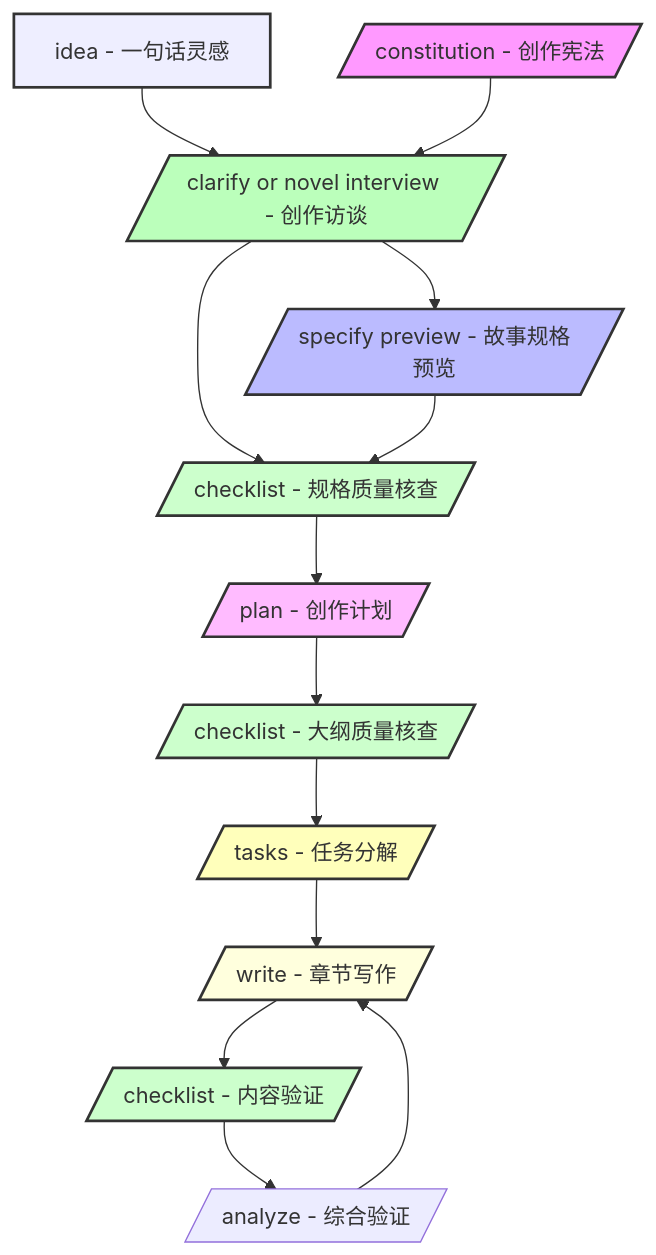
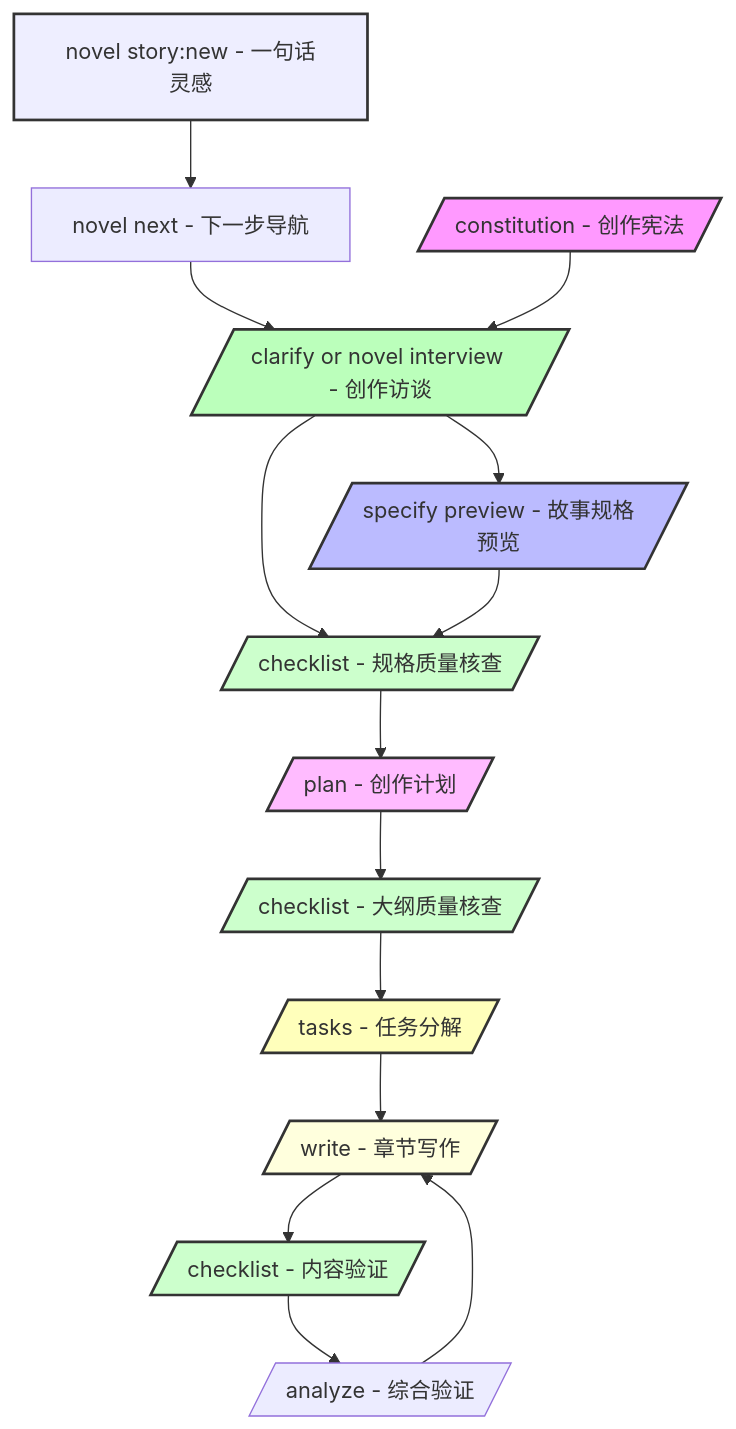
One commit to WENZIZZHENG/story-spec changed the first of 2 diagrams in docs/workflow.md. Above: the diagram before and after it, drawn with Mermaid. The commit also changed other lines of this file and 29 other files, not shown here.

````diff
--- a/docs/workflow.md
+++ b/docs/workflow.md
@@ -18,26 +18,27 @@
 ```mermaid
 graph TD
-    Z[idea - 一句话灵感] --> C[/clarify or novel interview - 创作访谈/]
+    Z[novel story:new - 一句话灵感] --> N[novel next - 下一步导航]
+    N --> C[/clarify or novel interview - 创作访谈/]
     A[/constitution - 创作宪法/] --> C
     C --> B[/specify preview - 故事规格预览/]
     C --> H[/checklist - 规格质量核查/]
     B --> H
     H --> D[/plan - 创作计划/]
     D --> I[/checklist - 大纲质量核查/]
     I --> E[/tasks - 任务分解/]
     E --> F[/write - 章节写作/]
     F --> J[/checklist - 内容验证/]
     J --> G[/analyze - 综合验证/]
     G --> F
 
     style Z fill:#eef,stroke:#333,stroke-width:2px
     style A fill:#f9f,stroke:#333,stroke-width:2px
     style B fill:#bbf,stroke:#333,stroke-width:2px
     style C fill:#bfb,stroke:#333,stroke-width:2px
     style H fill:#cfc,stroke:#333,stroke-width:2px
     style D fill:#fbf,stroke:#333,stroke-width:2px
     style I fill:#cfc,stroke:#333,stroke-width:2px
     style E fill:#ffb,stroke:#333,stroke-width:2px
     style F fill:#ffd,stroke:#333,stroke-width:2px
     style J fill:#cfc,stroke:#333,stroke-width:2px
 ```
````
